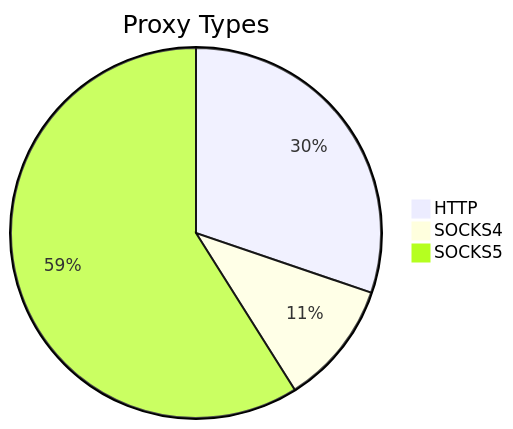
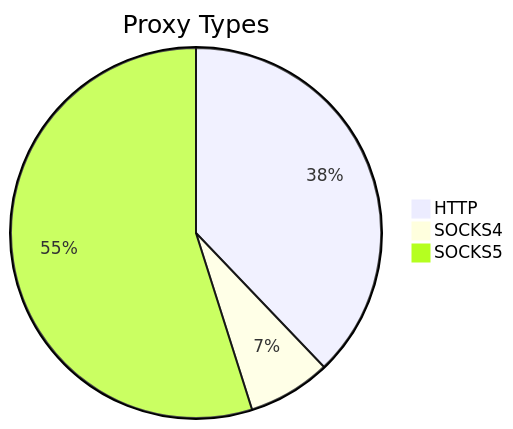
Before and after one commit to stormsia/proxy-list: the first of 2 diagrams in README.md, drawn with Mermaid. The commit also changed other lines of this file, not shown here.

````diff
--- a/README.md
+++ b/README.md
@@ -21,6 +21,6 @@
 ```mermaid
 pie title Proxy Types
-    "HTTP" : 321
-    "SOCKS4" : 115
-    "SOCKS5" : 626
+    "HTTP" : 209
+    "SOCKS4" : 40
+    "SOCKS5" : 303
 ```
````
